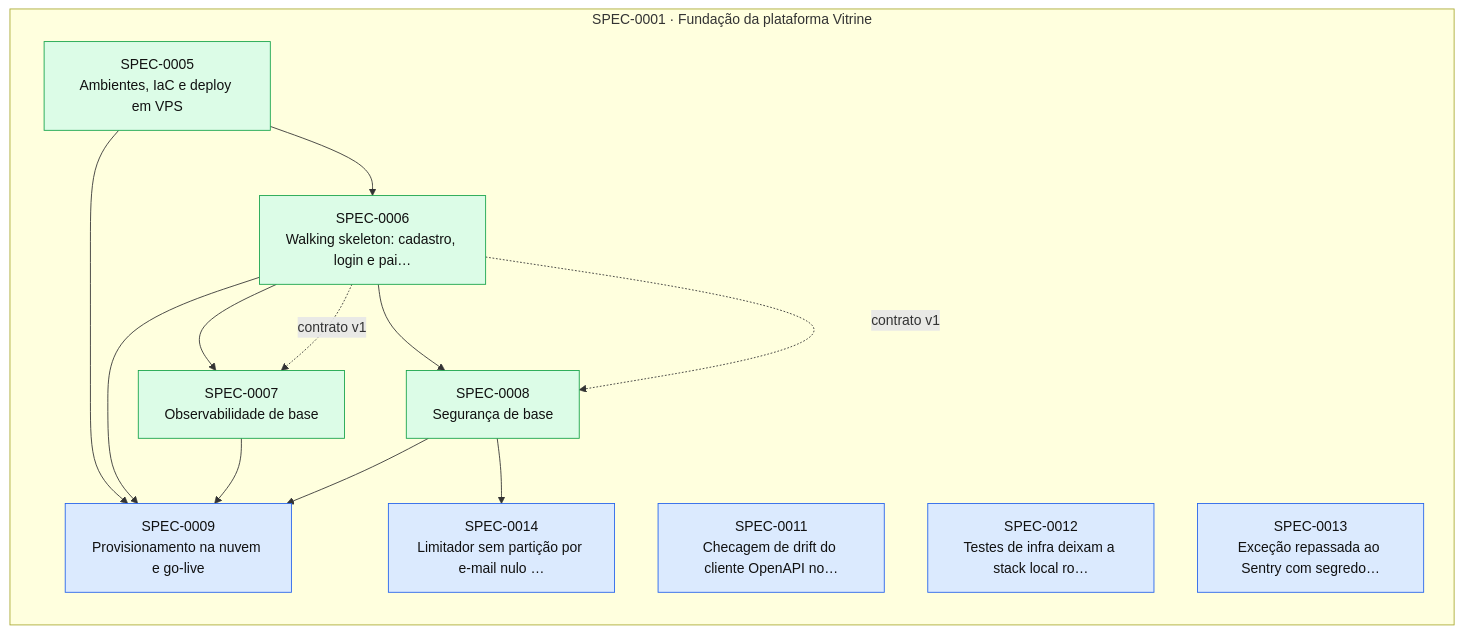
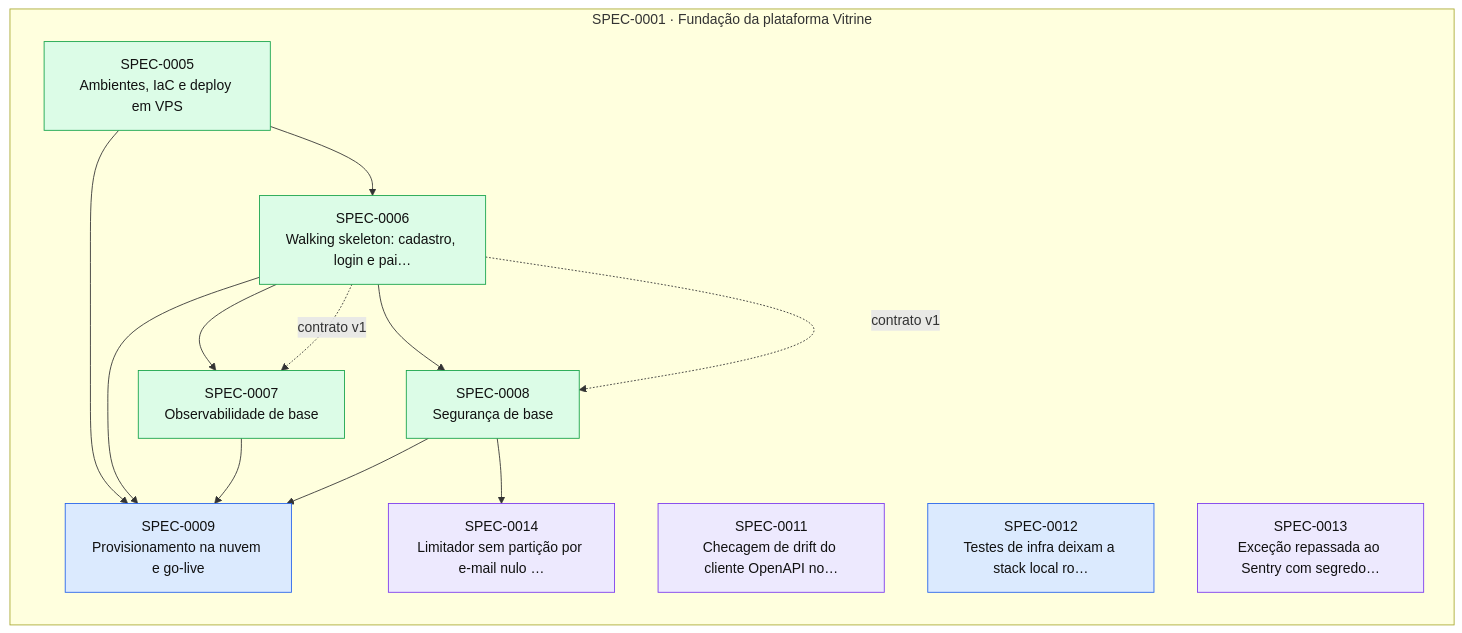
The diagram in docs/specs/INDEX.md (thomasravache/vitrine), drawn with Mermaid before and after one commit. The commit also changed other lines of this file and 4 other files, not shown here.

````diff
--- a/docs/specs/INDEX.md
+++ b/docs/specs/INDEX.md
@@ -60,29 +60,29 @@
 ```mermaid
 flowchart LR
   subgraph E0001["SPEC-0001 · Fundação da plataforma Vitrine"]
     S0005["SPEC-0005<br/>Ambientes, IaC e deploy em VPS"]:::implemented
     S0006["SPEC-0006<br/>Walking skeleton: cadastro, login e pai…"]:::implemented
     S0007["SPEC-0007<br/>Observabilidade de base"]:::implemented
     S0008["SPEC-0008<br/>Segurança de base"]:::implemented
     S0009["SPEC-0009<br/>Provisionamento na nuvem e go-live"]:::approved
-    S0011["SPEC-0011<br/>Checagem de drift do cliente OpenAPI no…"]:::approved
+    S0011["SPEC-0011<br/>Checagem de drift do cliente OpenAPI no…"]:::inprogress
     S0012["SPEC-0012<br/>Testes de infra deixam a stack local ro…"]:::approved
-    S0013["SPEC-0013<br/>Exceção repassada ao Sentry com segredo…"]:::approved
-    S0014["SPEC-0014<br/>Limitador sem partição por e-mail nulo …"]:::approved
+    S0013["SPEC-0013<br/>Exceção repassada ao Sentry com segredo…"]:::inprogress
+    S0014["SPEC-0014<br/>Limitador sem partição por e-mail nulo …"]:::inprogress
   end
   S0005 --> S0006
   S0006 --> S0007
   S0006 -. contrato v1 .-> S0007
   S0006 --> S0008
   S0006 -. contrato v1 .-> S0008
   S0005 --> S0009
   S0006 --> S0009
   S0007 --> S0009
   S0008 --> S0009
   S0008 --> S0014
   classDef proposed fill:#fef3c7,stroke:#d97706,color:#111
   classDef approved fill:#dbeafe,stroke:#2563eb,color:#111
   classDef inprogress fill:#ede9fe,stroke:#7c3aed,color:#111
   classDef implemented fill:#dcfce7,stroke:#16a34a,color:#111
   classDef deprecated fill:#f3f4f6,stroke:#9ca3af,color:#6b7280
 ```
````
